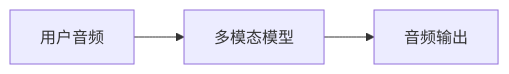
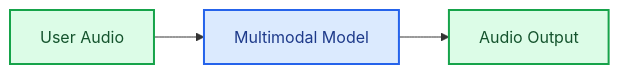
One commit to kunfan96/cndocs-langchain changed the second of 2 diagrams in oss/python/langchain/voice-agent.mdx. Above: the diagram before and after it, drawn with Mermaid. The commit also changed other lines of this file and 2611 other files, not shown here.

````diff
--- a/oss/python/langchain/voice-agent.mdx
+++ b/oss/python/langchain/voice-agent.mdx
@@ -59,5 +65,11 @@
 ```mermaid
 flowchart LR
-    A[用户音频] --> B[多模态模型]
-    B --> C[音频输出]
+    A[User Audio] --> B[Multimodal Model]
+    B --> C[Audio Output]
+
+    classDef trigger fill:#DCFCE7,stroke:#16A34A,stroke-width:2px,color:#14532D
+    classDef process fill:#DBEAFE,stroke:#2563EB,stroke-width:2px,color:#1E3A8A
+
+    class A,C trigger
+    class B process
 ```
````
